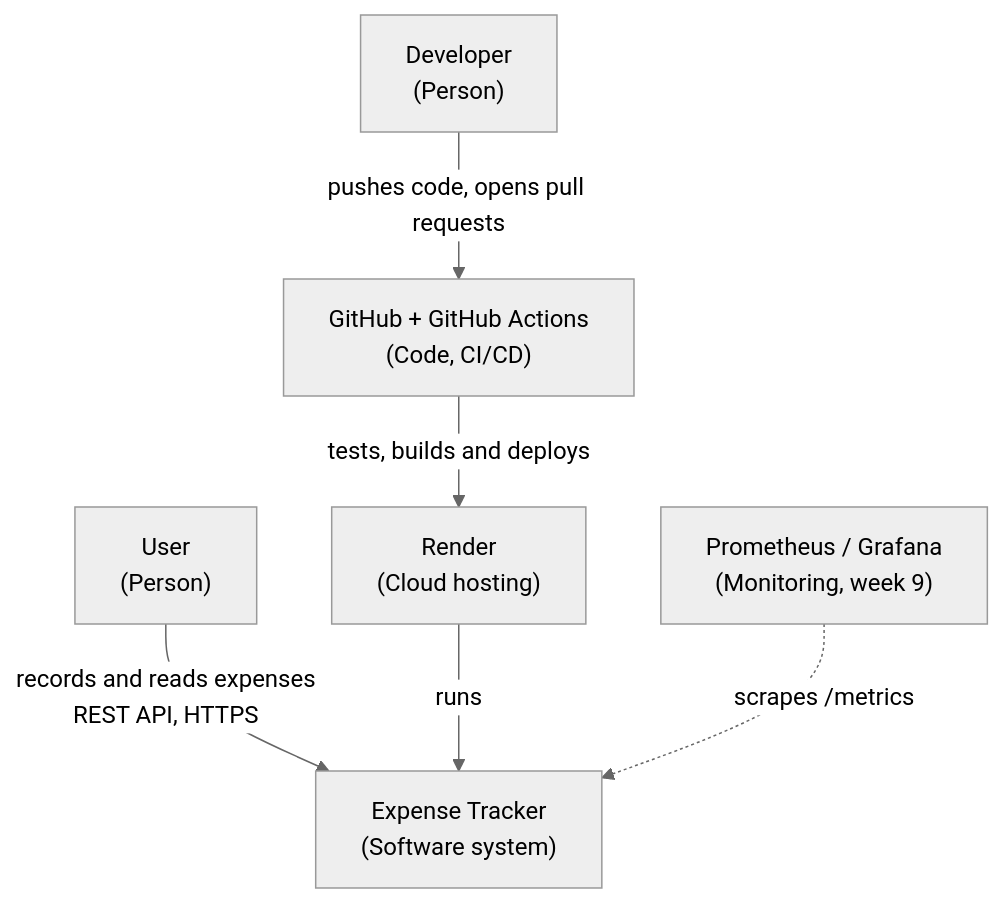
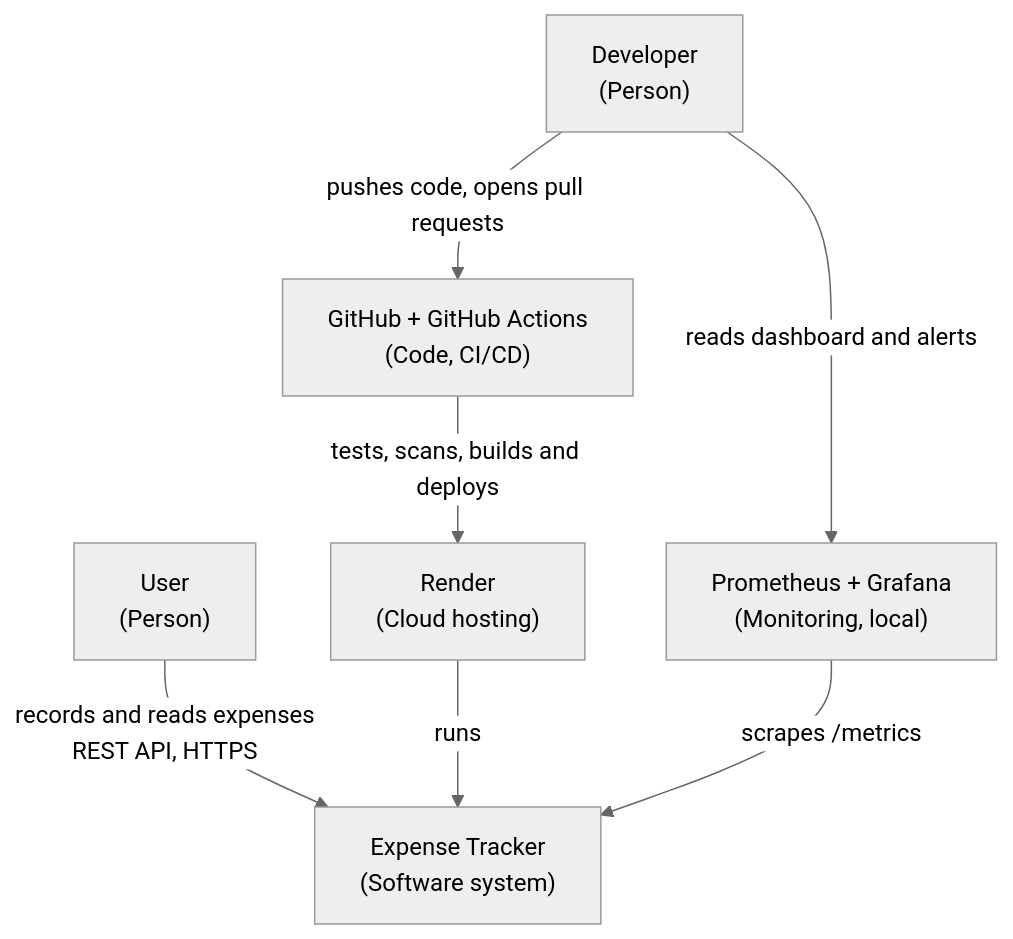
Before and after one commit to freineel/DevOps-repo: the first of 3 diagrams in docs/architecture.md, drawn with Mermaid (neutral theme). The commit also changed other lines of this file and 1 other file, not shown here.

Commit message:
docs: add monitoring and security to architecture and readme

````diff
--- a/docs/architecture.md
+++ b/docs/architecture.md
@@ -18,15 +19,16 @@
 ```mermaid
 graph TD
     user["User<br/>(Person)"]
     dev["Developer<br/>(Person)"]
     system["Expense Tracker<br/>(Software system)"]
     github["GitHub + GitHub Actions<br/>(Code, CI/CD)"]
     render["Render<br/>(Cloud hosting)"]
-    monitoring["Prometheus / Grafana<br/>(Monitoring, week 9)"]
+    monitoring["Prometheus + Grafana<br/>(Monitoring, local)"]
 
     user -->|"records and reads expenses<br/>REST API, HTTPS"| system
     dev -->|"pushes code, opens pull requests"| github
-    github -->|"tests, builds and deploys"| render
+    github -->|"tests, scans, builds and deploys"| render
     render -->|"runs"| system
-    monitoring -.->|"scrapes /metrics"| system
+    monitoring -->|"scrapes /metrics"| system
+    dev -->|"reads dashboard and alerts"| monitoring
 ```
````
